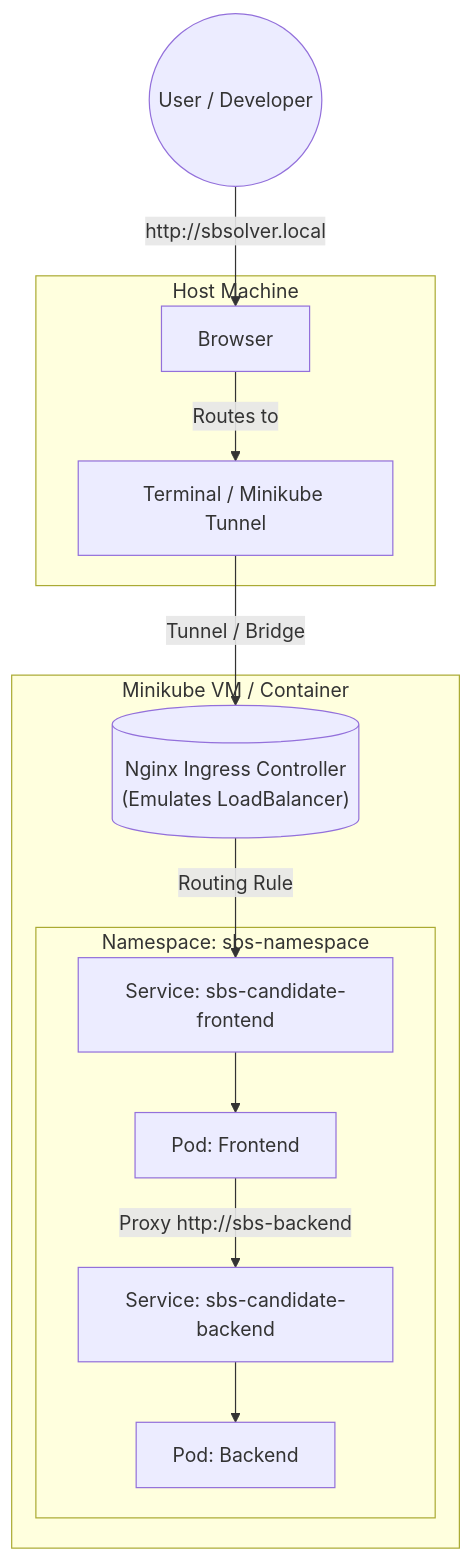
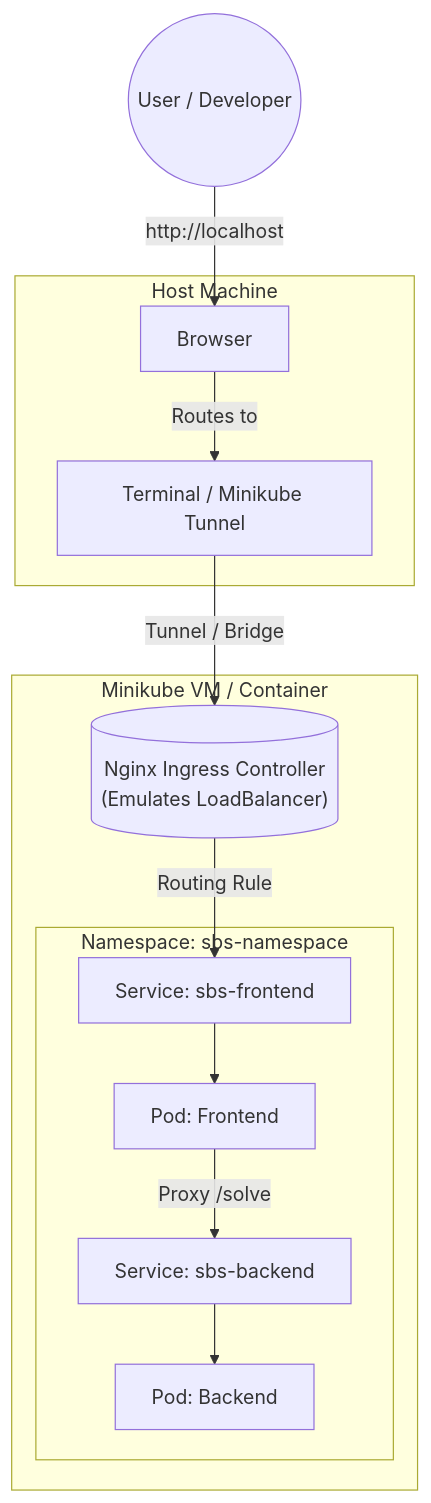
The diagram in architecture/minikube.mmd (wkusnierczyk/spelling-bee-solver), drawn with Mermaid before and after one commit. The commit also changed 5 other files, not shown here.

Commit message:
Update architecture diagrams

```diff
--- a/architecture/minikube.mmd
+++ b/architecture/minikube.mmd
@@ -1,27 +1,27 @@
 graph TD
     User((User / Developer))
     
     subgraph "Host Machine"
         Browser[Browser]
         Terminal[Terminal / Minikube Tunnel]
     end
 
     subgraph "Minikube VM / Container"
         IngressCtrl[("Nginx Ingress Controller<br/>(Emulates LoadBalancer)")]
         
         subgraph "Namespace: sbs-namespace"
-            SvcFront["Service: sbs-candidate-frontend"]
+            SvcFront["Service: sbs-frontend"]
             PodFront["Pod: Frontend"]
             
-            SvcBack["Service: sbs-candidate-backend"]
+            SvcBack["Service: sbs-backend"]
             PodBack["Pod: Backend"]
         end
     end
 
-    User -->|http://sbsolver.local| Browser
+    User -->|http://localhost| Browser
     Browser -->|Routes to| Terminal
     Terminal -->|Tunnel / Bridge| IngressCtrl
     IngressCtrl -->|Routing Rule| SvcFront
     SvcFront --> PodFront
-    PodFront -->|Proxy http://sbs-backend| SvcBack
+    PodFront -->|Proxy /solve| SvcBack
     SvcBack --> PodBack
```
